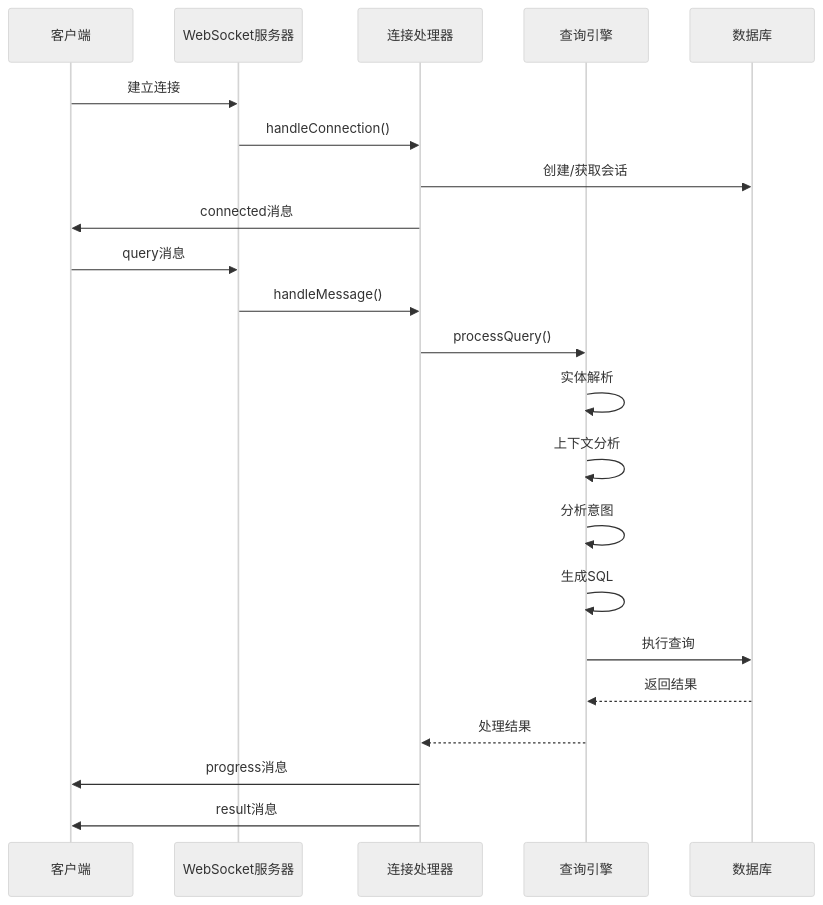
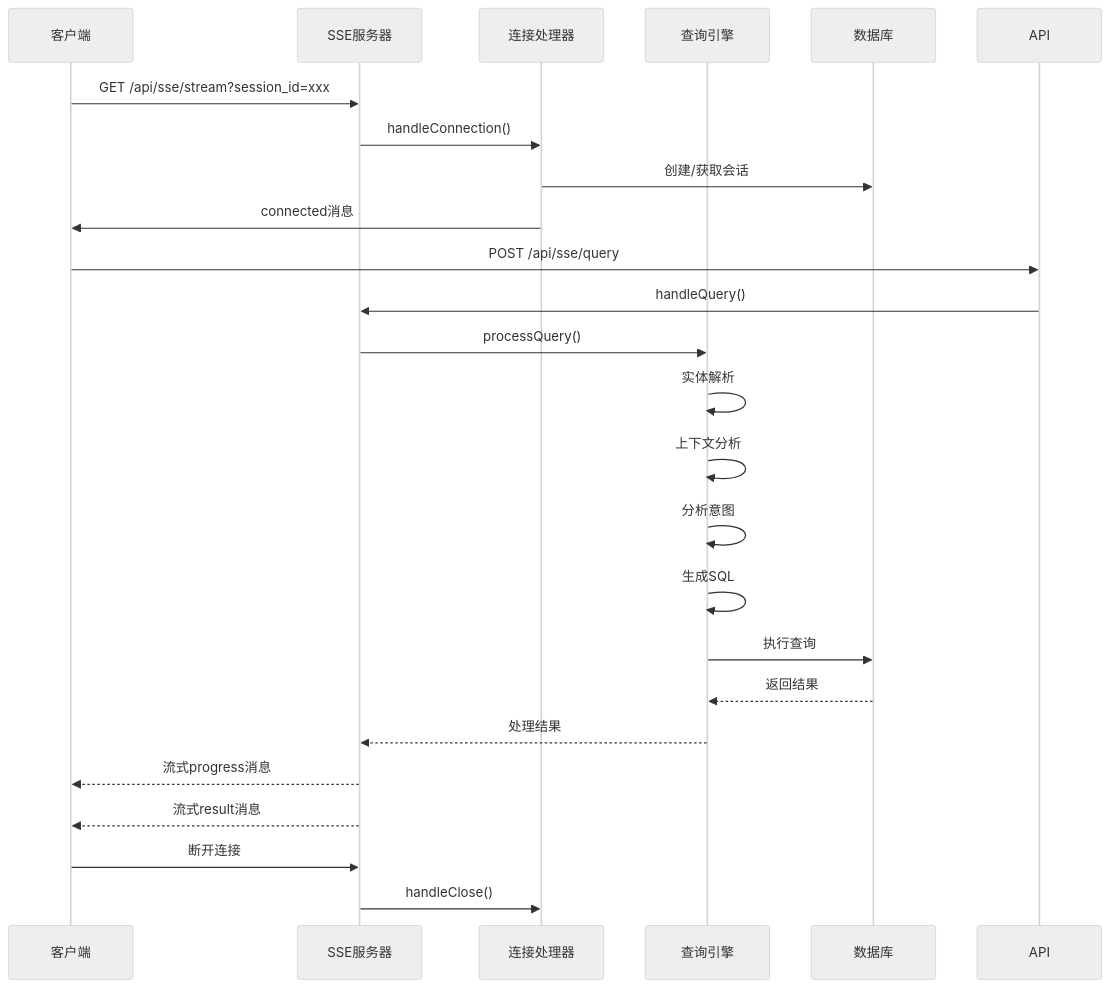
One commit to HanHuiOnLine/724-office changed the fourth of 10 diagrams in .qoder/repowiki/zh/content/API参考/NL2SQL API参考.md. Above: the diagram before and after it, drawn with Mermaid (neutral theme). The commit also changed other lines of this file and 5 other files, not shown here.

Commit message:
websocket to sse, web ui change

````diff
--- a/.qoder/repowiki/zh/content/API参考/NL2SQL API参考.md
+++ b/.qoder/repowiki/zh/content/API参考/NL2SQL API参考.md
@@ -235,24 +255,26 @@
 ```mermaid
 sequenceDiagram
 participant Client as 客户端
-participant WS as WebSocket服务器
+participant SSE as SSE服务器
 participant Handler as 连接处理器
 participant Engine as 查询引擎
 participant DB as 数据库
-Client->>WS : 建立连接
-WS->>Handler : handleConnection()
+Client->>SSE : GET /api/sse/stream?session_id=xxx
+SSE->>Handler : handleConnection()
 Handler->>DB : 创建/获取会话
 Handler->>Client : connected消息
-Client->>WS : query消息
-WS->>Handler : handleMessage()
-Handler->>Engine : processQuery()
+Client->>API : POST /api/sse/query
+API->>SSE : handleQuery()
+SSE->>Engine : processQuery()
 Engine->>Engine : 实体解析
 Engine->>Engine : 上下文分析
 Engine->>Engine : 分析意图
 Engine->>Engine : 生成SQL
 Engine->>DB : 执行查询
 DB-->>Engine : 返回结果
-Engine-->>Handler : 处理结果
-Handler->>Client : progress消息
-Handler->>Client : result消息
+Engine-->>SSE : 处理结果
+SSE-->>Client : 流式progress消息
+SSE-->>Client : 流式result消息
+Client->>SSE : 断开连接
+SSE->>Handler : handleClose()
 ```
````
